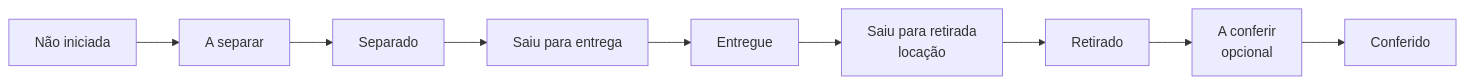
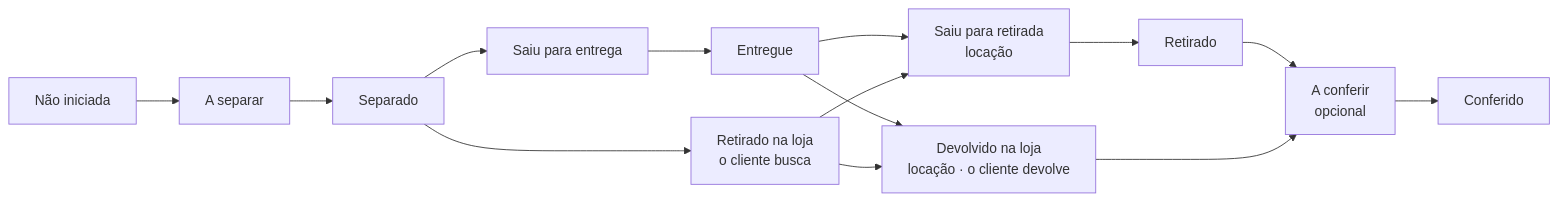
Before and after one commit to LocFlowTeam/locflow-docs: the third of 3 diagrams in conceitos/ciclo-de-um-pedido.md, drawn with Mermaid. The commit also changed other lines of this file and 18 other files, not shown here.

````diff
--- a/conceitos/ciclo-de-um-pedido.md
+++ b/conceitos/ciclo-de-um-pedido.md
@@ -78,11 +81,16 @@
 ```mermaid
 flowchart LR
     NI[Não iniciada] --> AS[A separar]
     AS --> SEP[Separado]
     SEP --> SAI[Saiu para entrega]
     SAI --> ENT[Entregue]
+    SEP --> RL[Retirado na loja<br/>o cliente busca]
     ENT --> SR[Saiu para retirada<br/>locação]
+    RL --> SR
     SR --> RET[Retirado]
+    ENT --> DL[Devolvido na loja<br/>locação · o cliente devolve]
+    RL --> DL
     RET --> AC[A conferir<br/>opcional]
+    DL --> AC
     AC --> CON[Conferido]
 ```
````
